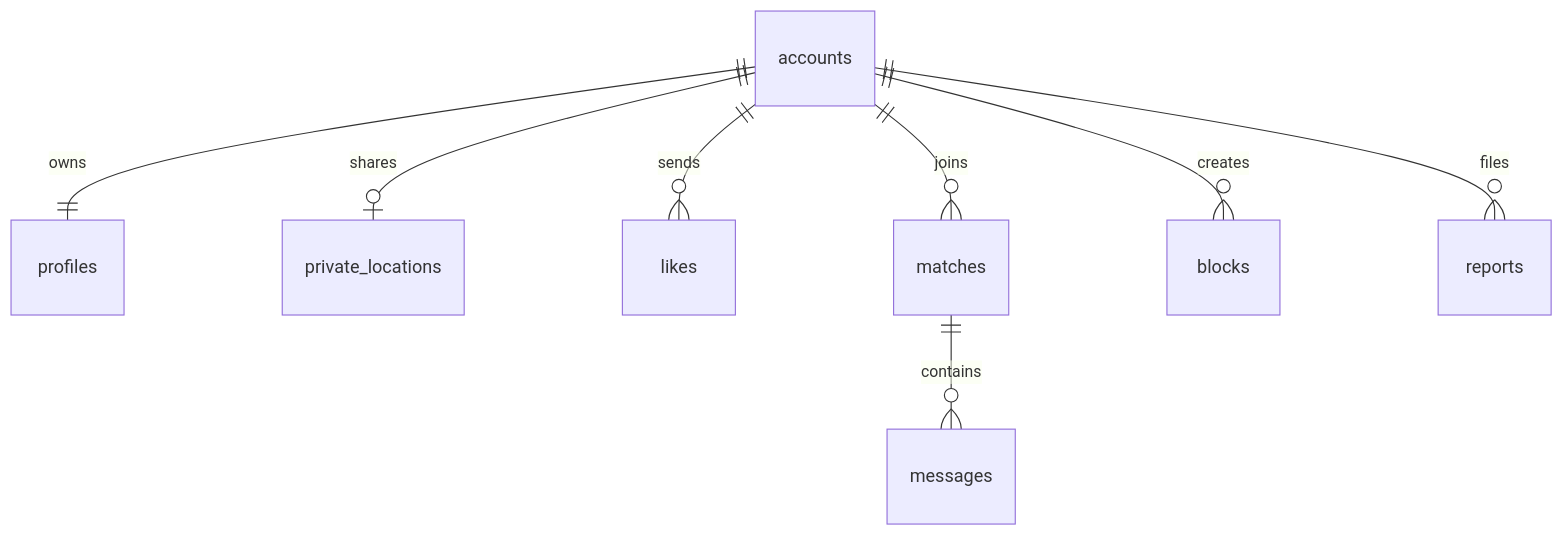
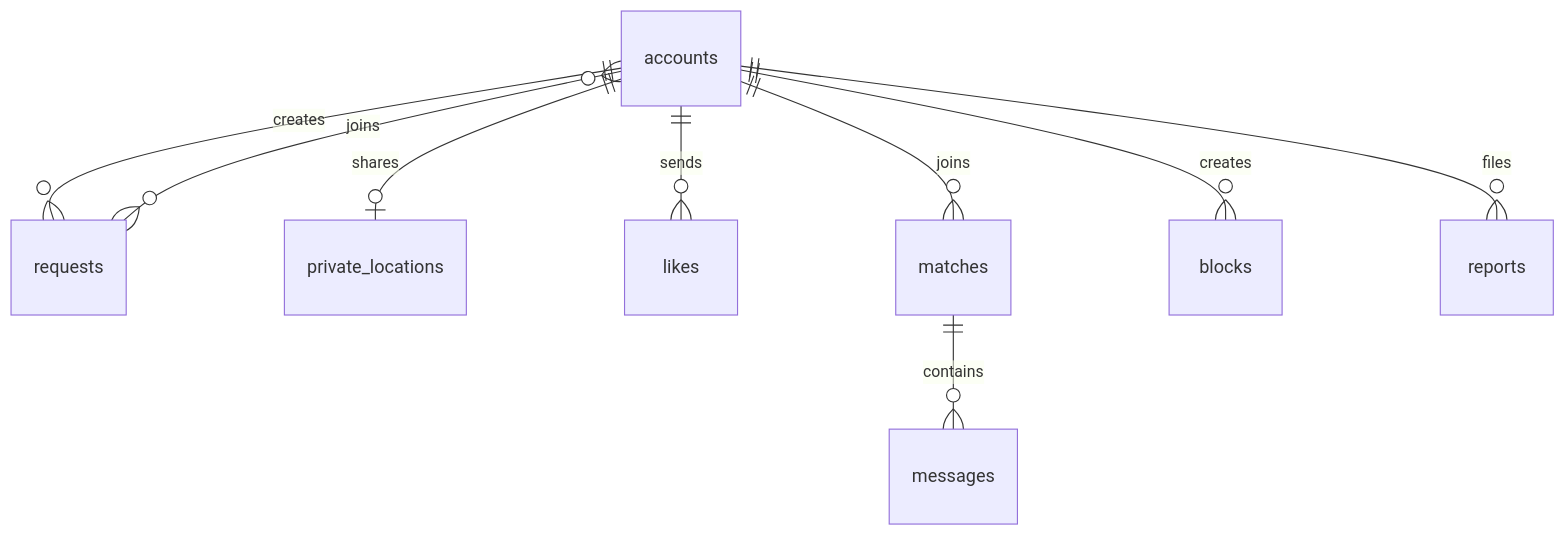
The diagram in docs/data-model.md (Yado3312/Singles_Finder), drawn with Mermaid before and after one commit. The commit also changed other lines of this file and 22 other files, not shown here.

````diff
--- a/docs/data-model.md
+++ b/docs/data-model.md
@@ -21,10 +21,11 @@
 ```mermaid
 erDiagram
-  accounts ||--|| profiles : owns
+  accounts ||--o{ requests : creates
+  requests }o--o{ accounts : joins
   accounts ||--o| private_locations : shares
   accounts ||--o{ likes : sends
   accounts ||--o{ matches : joins
   matches ||--o{ messages : contains
   accounts ||--o{ blocks : creates
   accounts ||--o{ reports : files
 ```
````
